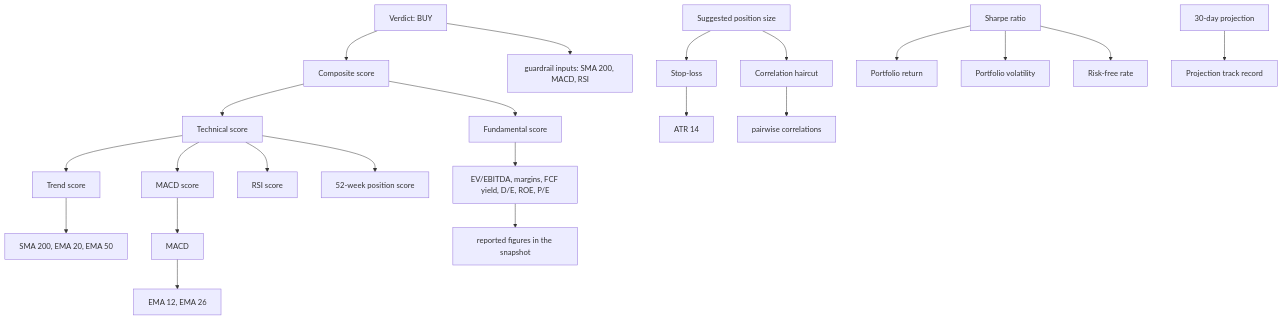
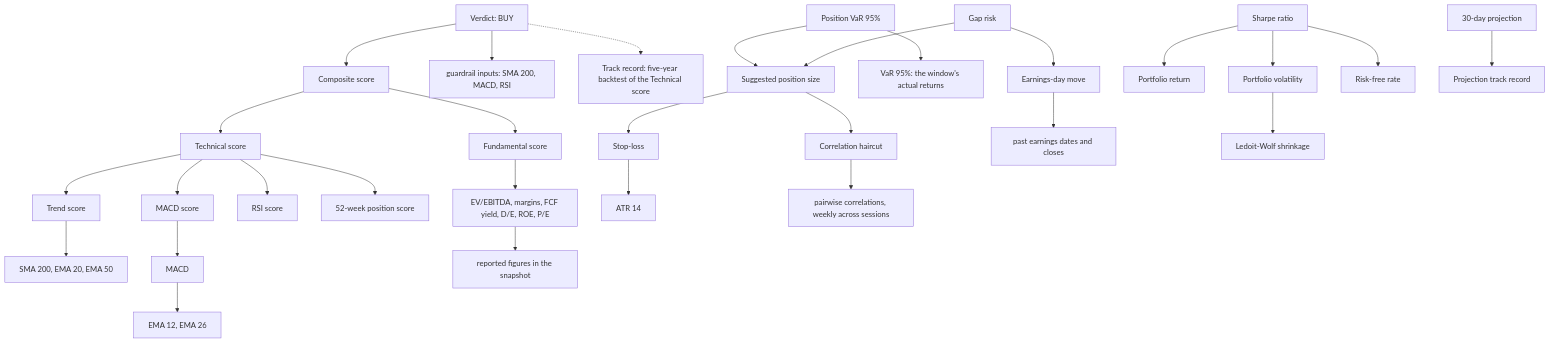
One commit to myc208/quantlens changed the fifth of 5 diagrams in README.md. Above: the diagram before and after it, drawn with Mermaid. The commit also changed other lines of this file and 4 other files, not shown here.

````diff
--- a/README.md
+++ b/README.md
@@ -729,21 +934,26 @@
 ```mermaid
 flowchart TD
   V["Verdict: BUY"] --> C["Composite score"]
   V --> G1["guardrail inputs: SMA 200, MACD, RSI"]
+  V -.-> BT["Track record: five-year backtest of the Technical score"]
   C --> T["Technical score"]
   C --> F["Fundamental score"]
   T --> TR["Trend score"]
   T --> MS["MACD score"]
   T --> RS["RSI score"]
   T --> RG["52-week position score"]
   TR --> SMA["SMA 200, EMA 20, EMA 50"]
   MS --> MACD["MACD"] --> EMA["EMA 12, EMA 26"]
   F --> R1["EV/EBITDA, margins, FCF yield, D/E, ROE, P/E"]
   R1 --> RAW["reported figures in the snapshot"]
   PS["Suggested position size"] --> SL["Stop-loss"] --> ATR["ATR 14"]
-  PS --> HC["Correlation haircut"] --> CP["pairwise correlations"]
+  PS --> HC["Correlation haircut"] --> CP["pairwise correlations, weekly across sessions"]
+  PV95["Position VaR 95%"] --> PS
+  PV95 --> VAR["VaR 95%: the window's actual returns"]
+  GR["Gap risk"] --> PS
+  GR --> EM["Earnings-day move"] --> NE["past earnings dates and closes"]
   SH["Sharpe ratio"] --> PR["Portfolio return"]
-  SH --> PV["Portfolio volatility"]
+  SH --> PVOL["Portfolio volatility"] --> LW["Ledoit-Wolf shrinkage"]
   SH --> RF["Risk-free rate"]
   FP["30-day projection"] --> FB["Projection track record"]
 ```
````
